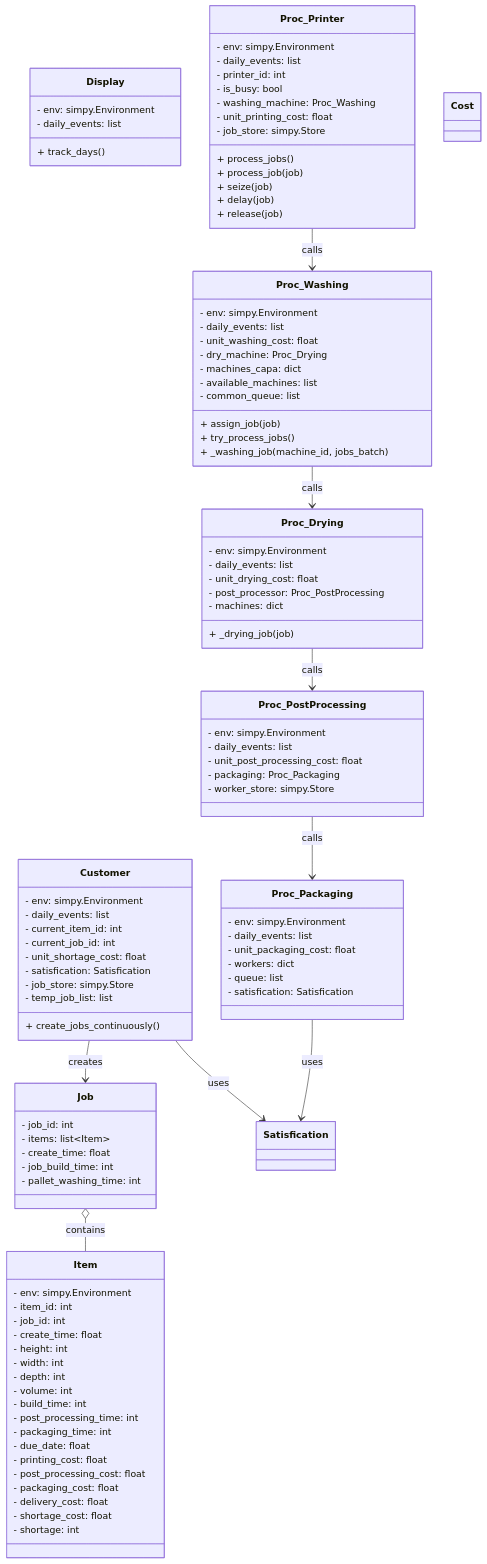
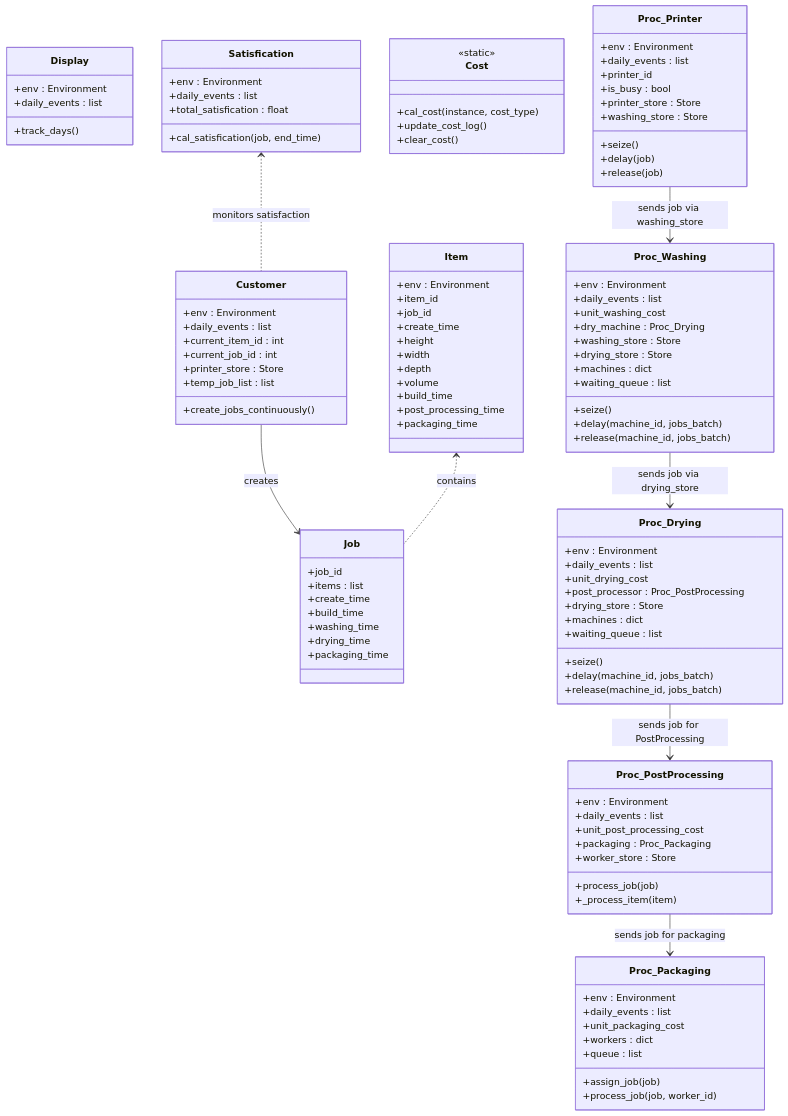
Before and after one commit to TaeWeonHan/3D_printing_farm_Invisalign_Aligners: the diagram in class_diagram.md, drawn with Mermaid. The commit also changed 4 other files, not shown here.

````diff
--- a/class_diagram.md
+++ b/class_diagram.md
@@ -1,122 +1,123 @@
 ```mermaid
 classDiagram
-    %% 고객이 Job을 생성하고, Job이 여러 Item을 포함하는 관계를 명시 (composition)
+    class Display {
+        +env : Environment
+        +daily_events : list
+        +track_days()
+    }
+    
+    class Job {
+        +job_id
+        +items : list
+        +create_time
+        +build_time
+        +washing_time
+        +drying_time
+        +packaging_time
+    }
+    
     class Customer {
-      - env: simpy.Environment
-      - daily_events: list
-      - current_item_id: int
-      - current_job_id: int
-      - unit_shortage_cost: float
-      - satisfication: Satisfication
-      - job_store: simpy.Store
-      - temp_job_list: list
-      + create_jobs_continuously()
+        +env : Environment
+        +daily_events : list
+        +current_item_id : int
+        +current_job_id : int
+        +printer_store : Store
+        +temp_job_list : list
+        +create_jobs_continuously()
     }
-
-    class Job {
-      - job_id: int
-      - items: list~Item~
-      - create_time: float
-      - job_build_time: int
-      - pallet_washing_time: int
+    
+    class Proc_Printer {
+        +env : Environment
+        +daily_events : list
+        +printer_id
+        +is_busy : bool
+        +printer_store : Store
+        +washing_store : Store
+        +seize()
+        +delay(job)
+        +release(job)
     }
-
+    
+    class Proc_Washing {
+        +env : Environment
+        +daily_events : list
+        +unit_washing_cost
+        +dry_machine : Proc_Drying
+        +washing_store : Store
+        +drying_store : Store
+        +machines : dict
+        +waiting_queue : list
+        +seize()
+        +delay(machine_id, jobs_batch)
+        +release(machine_id, jobs_batch)
+    }
+    
+    class Proc_Drying {
+        +env : Environment
+        +daily_events : list
+        +unit_drying_cost
+        +post_processor : Proc_PostProcessing
+        +drying_store : Store
+        +machines : dict
+        +waiting_queue : list
+        +seize()
+        +delay(machine_id, jobs_batch)
+        +release(machine_id, jobs_batch)
+    }
+    
+    class Proc_PostProcessing {
+        +env : Environment
+        +daily_events : list
+        +unit_post_processing_cost
+        +packaging : Proc_Packaging
+        +worker_store : Store
+        +process_job(job)
+        +_process_item(item)
+    }
+    
+    class Proc_Packaging {
+        +env : Environment
+        +daily_events : list
+        +unit_packaging_cost
+        +workers : dict
+        +queue : list
+        +assign_job(job)
+        +process_job(job, worker_id)
+    }
+    
     class Item {
-      - env: simpy.Environment
-      - item_id: int
-      - job_id: int
-      - create_time: float
-      - height: int
-      - width: int
-      - depth: int
-      - volume: int
-      - build_time: int
-      - post_processing_time: int
-      - packaging_time: int
-      - due_date: float
-      - printing_cost: float
-      - post_processing_cost: float
-      - packaging_cost: float
-      - delivery_cost: float
-      - shortage_cost: float
-      - shortage: int
+        +env : Environment
+        +item_id
+        +job_id
+        +create_time
+        +height
+        +width
+        +depth
+        +volume
+        +build_time
+        +post_processing_time
+        +packaging_time
     }
-
-    class Display {
-      - env: simpy.Environment
-      - daily_events: list
-      + track_days()
+    
+    class Cost {
+        <<static>>
+        +cal_cost(instance, cost_type)
+        +update_cost_log()
+        +clear_cost()
     }
-
-    class Proc_Printer {
-      - env: simpy.Environment
-      - daily_events: list
-      - printer_id: int
-      - is_busy: bool
-      - washing_machine: Proc_Washing
-      - unit_printing_cost: float
-      - job_store: simpy.Store
-      + process_jobs()
-      + process_job(job)
-      + seize(job)
-      + delay(job)
-      + release(job)
+    
+    class Satisfication {
+        +env : Environment
+        +daily_events : list
+        +total_satisfication : float
+        +cal_satisfication(job, end_time)
     }
-
-    class Proc_Washing {
-      - env: simpy.Environment
-      - daily_events: list
-      - unit_washing_cost: float
-      - dry_machine: Proc_Drying
-      - machines_capa: dict
-      - available_machines: list
-      - common_queue: list
-      + assign_job(job)
-      + try_process_jobs()
-      + _washing_job(machine_id, jobs_batch)
-    }
-
-    class Proc_Drying {
-      - env: simpy.Environment
-      - daily_events: list
-      - unit_drying_cost: float
-      - post_processor: Proc_PostProcessing
-      - machines: dict
-      + _drying_job(job)
-    }
-
-    class Proc_PostProcessing {
-      - env: simpy.Environment
-      - daily_events: list
-      - unit_post_processing_cost: float
-      - packaging: Proc_Packaging
-      - worker_store: simpy.Store
-    }
-
-    class Proc_Packaging {
-      - env: simpy.Environment
-      - daily_events: list
-      - unit_packaging_cost: float
-      - workers: dict
-      - queue: list
-      - satisfication: Satisfication
-    }
-
-    class Cost {
     
-    }
-
-    class Satisfication {
-
-    }
-
-    %% 관계 표현
     Customer --> Job : creates
-    Job o-- Item : contains
-    Customer --> Satisfication : uses
-    Proc_Printer --> Proc_Washing : calls
-    Proc_Washing --> Proc_Drying : calls
-    Proc_Drying --> Proc_PostProcessing : calls
-    Proc_PostProcessing --> Proc_Packaging : calls
-    Proc_Packaging --> Satisfication : uses
+    Proc_Printer --> Proc_Washing : sends job via washing_store
+    Proc_Washing --> Proc_Drying : sends job via drying_store
+    Proc_Drying --> Proc_PostProcessing : sends job for PostProcessing
+    Proc_PostProcessing --> Proc_Packaging : sends job for packaging
+    Item <.. Job : contains
+    Satisfication <.. Customer : monitors satisfaction
 ```
````
